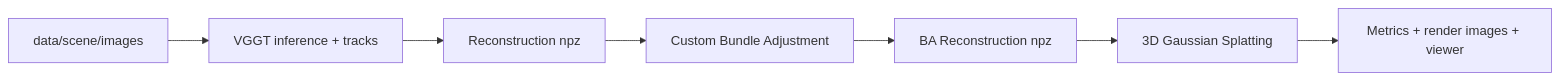
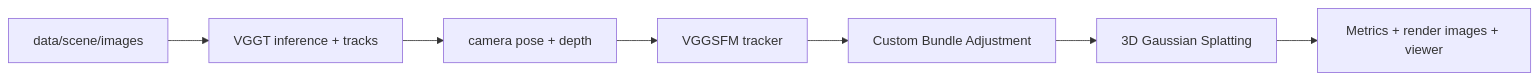
Before and after one commit to Li-Battery-dc/cv_final: the diagram in report/final_report.md, drawn with Mermaid. The commit also changed other lines of this file and 14 other files, not shown here.

````diff
--- a/report/final_report.md
+++ b/report/final_report.md
@@ -15,9 +17,9 @@
 ```mermaid
 flowchart LR
     A[data/scene/images] --> B[VGGT inference + tracks]
-    B --> C[Reconstruction npz]
-    C --> D[Custom Bundle Adjustment]
-    D --> E[BA Reconstruction npz]
+    B --> C[camera pose + depth]
+    C --> D[VGGSFM tracker]
+    D --> E[Custom Bundle Adjustment]
     E --> F[3D Gaussian Splatting]
     F --> G[Metrics + render images + viewer]
 ```
````
